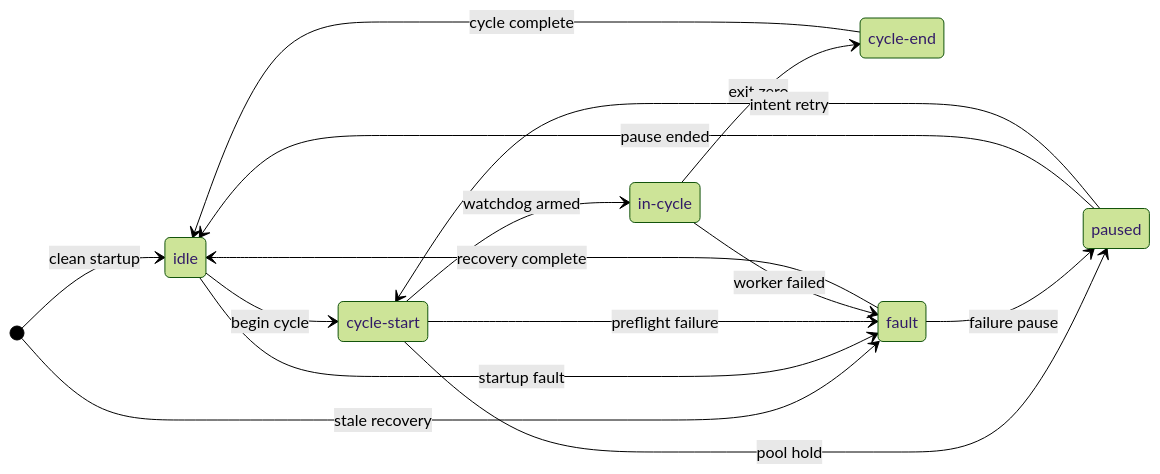
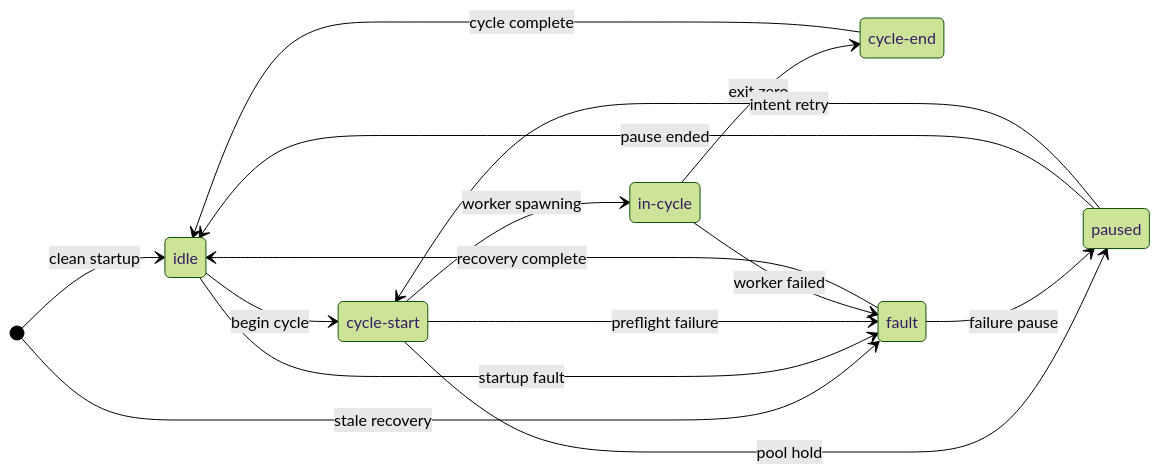
Before and after one commit to alissonsol/yuruna: the first of 2 diagrams in docs/design/04-lifecycle-state.md, drawn with Mermaid (forest theme). The commit also changed other lines of this file and 849 other files, not shown here.

````diff
--- a/docs/design/04-lifecycle-state.md
+++ b/docs/design/04-lifecycle-state.md
@@ -9,26 +7,26 @@
 ```mermaid
 stateDiagram-v2
   direction LR
 
   state "idle" as idle
   state "cycle-start" as cycle_start
   state "in-cycle" as in_cycle
   state "cycle-end" as cycle_end
   state "fault" as fault
   state "paused" as paused
 
   [*] --> idle: clean startup
   [*] --> fault: stale recovery
   idle --> cycle_start: begin cycle
   idle --> fault: startup fault
-  cycle_start --> in_cycle: watchdog armed
+  cycle_start --> in_cycle: worker spawning
   cycle_start --> paused: pool hold
   cycle_start --> fault: preflight failure
   in_cycle --> cycle_end: exit zero
   in_cycle --> fault: worker failed
   cycle_end --> idle: cycle complete
   fault --> paused: failure pause
   fault --> idle: recovery complete
   paused --> idle: pause ended
   paused --> cycle_start: intent retry
 ```
````
